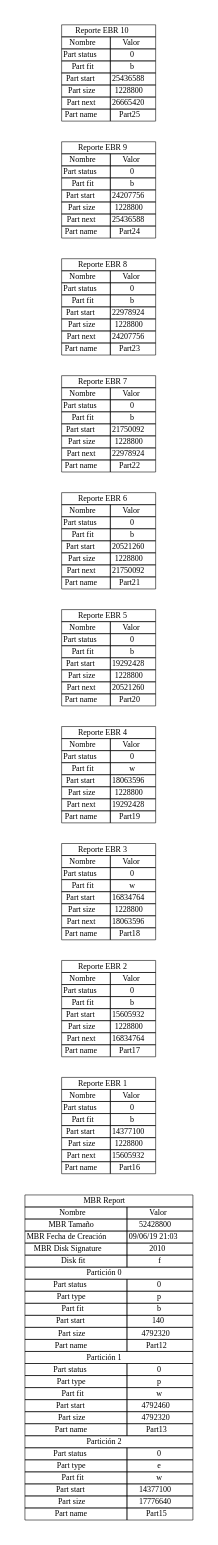
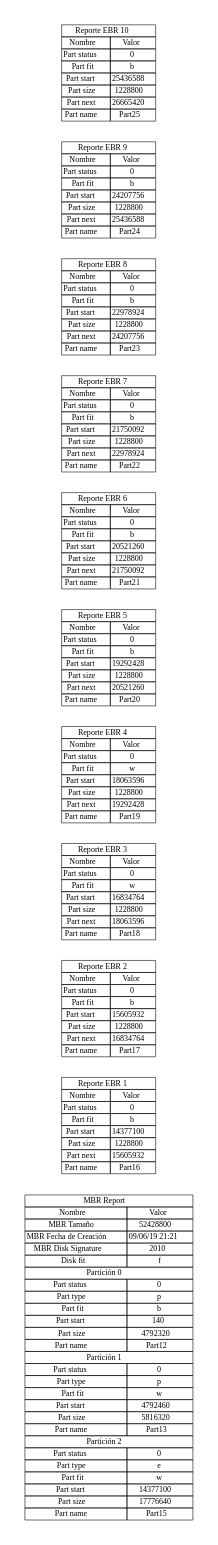
The diagram in mbr_report.dot (MacoChave/DiskParted), drawn with Graphviz before and after one commit. The commit also changed 7 other files, not shown here.

```diff
--- a/mbr_report.dot
+++ b/mbr_report.dot
@@ -17,7 +17,7 @@
 			</tr>
 			<tr>
 				<td>MBR Fecha de Creación</td>
-				<td>09/06/19 21:03</td>
+				<td>09/06/19 21:21</td>
 			</tr>
 			<tr>
 				<td>MBR Disk Signature</td>
@@ -75,7 +75,7 @@
 			</tr>
 			<tr>
 				<td>Part size</td>
-				<td>4792320</td>
+				<td>5816320</td>
 			</tr>
 			<tr>
 				<td>Part name</td>
```
